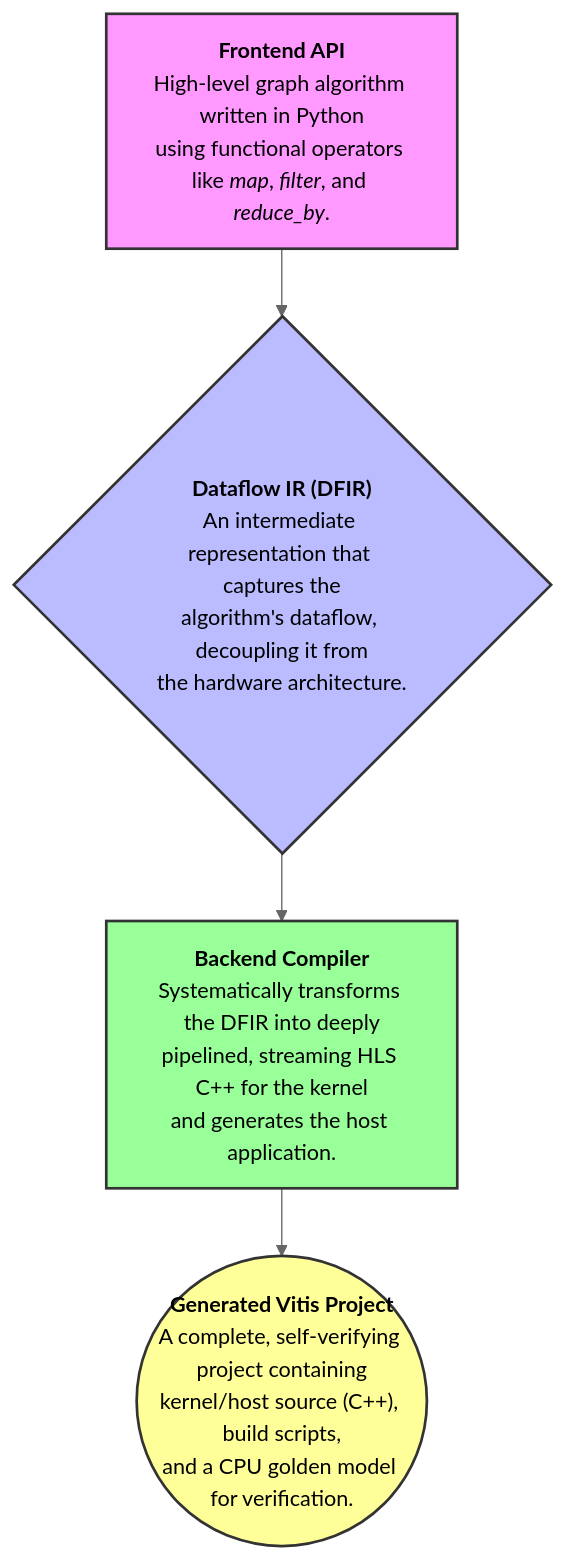
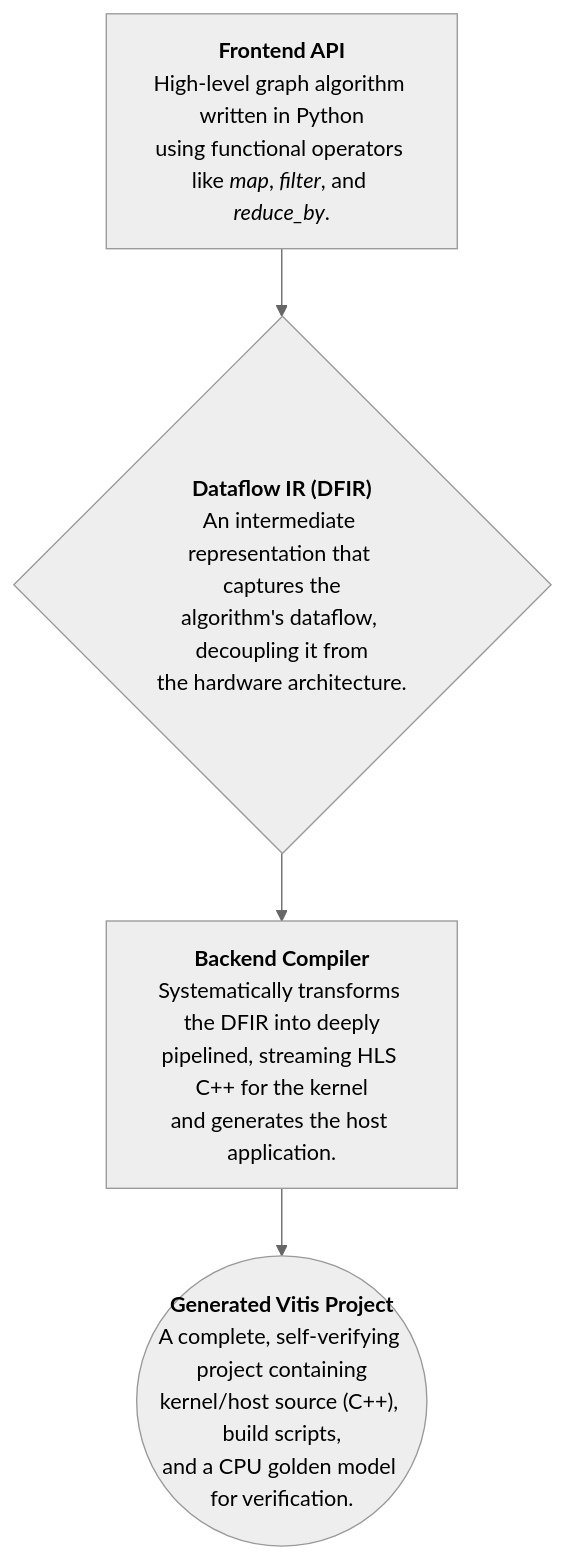
Before and after one commit to pku-lemonade/CCFSys2025_GraphyFlow: the diagram in README.md, drawn with Mermaid (neutral theme).

Commit message:
Remove style definitions from README diagram

````diff
--- a/README.md
+++ b/README.md
@@ -13,12 +13,7 @@
 ```mermaid
 graph TD
     A["<b>Frontend API</b><br/>High-level graph algorithm written in Python<br>using functional operators like <i>map</i>, <i>filter</i>, and <i>reduce_by</i>."] --> B;
     B{"<b>Dataflow IR (DFIR)</b><br/>An intermediate representation that captures the<br>algorithm's dataflow, decoupling it from<br>the hardware architecture."} --> C;
     C["<b>Backend Compiler</b><br/>Systematically transforms the DFIR into deeply<br>pipelined, streaming HLS C++ for the kernel<br>and generates the host application."] --> D;
     D(("<b>Generated Vitis Project</b><br/>A complete, self-verifying project containing<br>kernel/host source (C++), build scripts,<br>and a CPU golden model for verification."));
-
-    style A fill:#f9f,stroke:#333,stroke-width:2px
-    style B fill:#bbf,stroke:#333,stroke-width:2px
-    style C fill:#9f9,stroke:#333,stroke-width:2px
-    style D fill:#ff9,stroke:#333,stroke-width:2px
 ```
````
